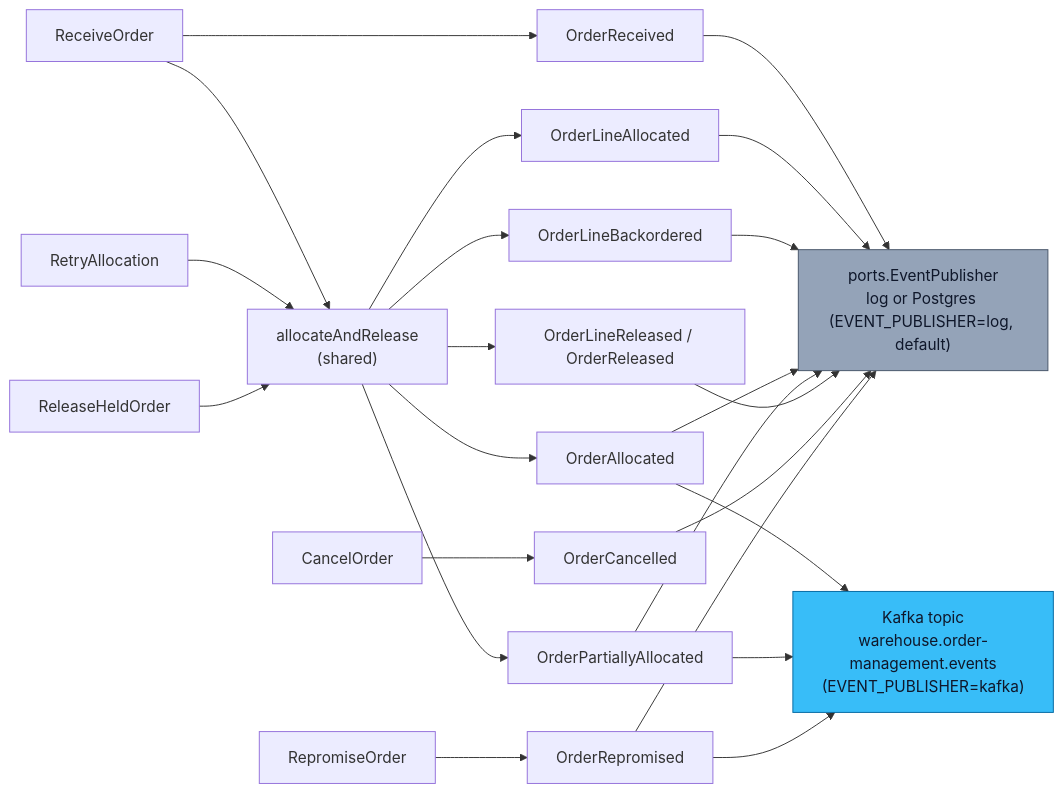
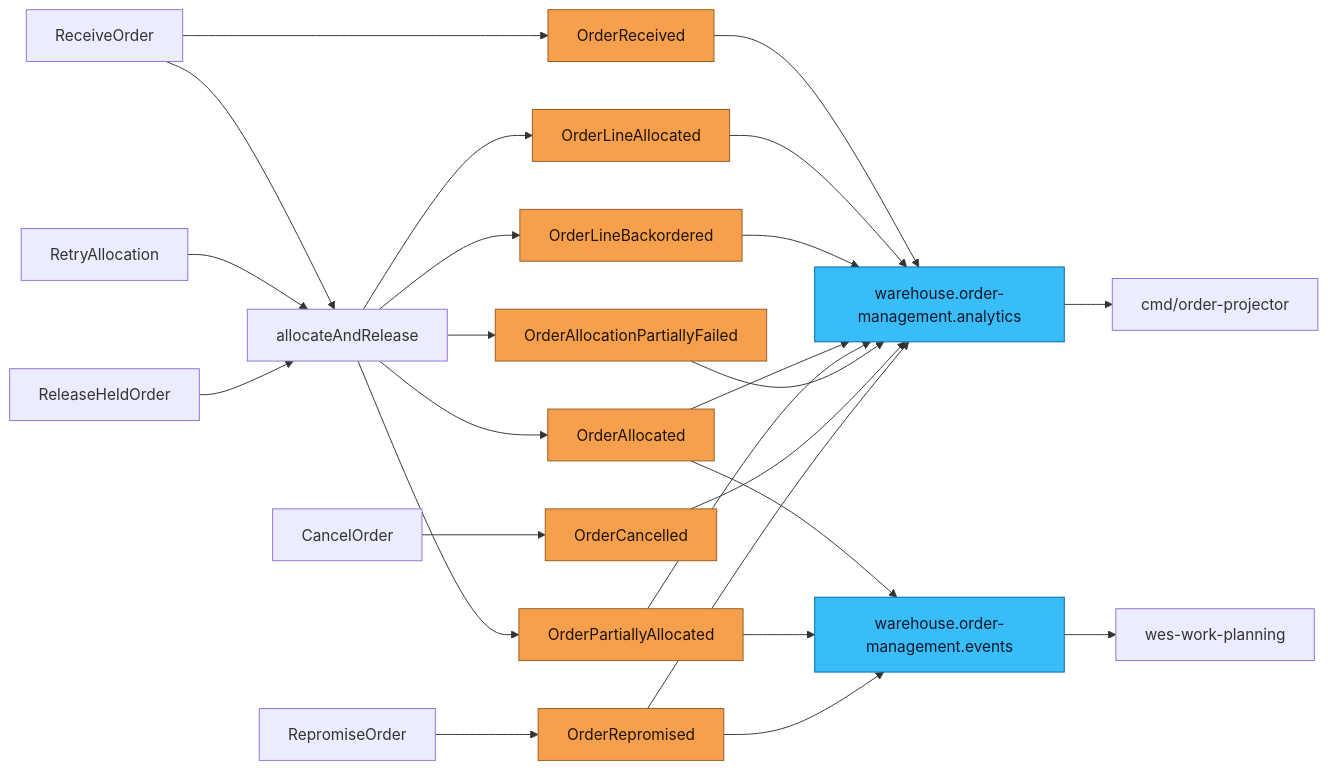
One commit to IQVO/warehouse-docs changed the diagram in docs/contexts/order-management/domain-events.md. Above: the diagram before and after it, drawn with Mermaid. The commit also changed other lines of this file and 717 other files, not shown here.

````diff
--- a/docs/contexts/order-management/domain-events.md
+++ b/docs/contexts/order-management/domain-events.md
@@ -141,22 +179,24 @@
 ```mermaid
 flowchart LR
   RO["ReceiveOrder"] --> E1["OrderReceived"]
-  RO --> AR["allocateAndRelease<br/>(shared)"]
+  RO --> AR["allocateAndRelease"]
   RA["RetryAllocation"] --> AR
+  RH["ReleaseHeldOrder"] --> AR
   AR --> E2["OrderLineAllocated"]
   AR --> E3["OrderLineBackordered"]
   AR --> E4["OrderAllocated"]
   AR --> E5["OrderPartiallyAllocated"]
-  RH["ReleaseHeldOrder"] --> AR
-  AR --> E6["OrderLineReleased / OrderReleased"]
+  AR --> E6["OrderAllocationPartiallyFailed"]
   CO["CancelOrder"] --> E8["OrderCancelled"]
   RP["RepromiseOrder"] --> E9["OrderRepromised"]
 
-  E1 & E2 & E3 & E4 & E5 & E6 & E8 & E9 --> LOG["ports.EventPublisher<br/>log or Postgres (EVENT_PUBLISHER=log, default)"]
-  E4 & E5 & E9 --> KAFKA["Kafka topic<br/>warehouse.order-management.events<br/>(EVENT_PUBLISHER=kafka)"]
+  E1 & E2 & E3 & E4 & E5 & E6 & E8 & E9 --> AN["warehouse.order-management.analytics"]
+  E4 & E5 & E9 --> INT["warehouse.order-management.events"]
+  INT --> WP["wes-work-planning"]
+  AN --> PJ["cmd/order-projector"]
 
-  classDef local fill:#94a3b8,stroke:#475569,color:#0f172a;
-  classDef kafka fill:#38bdf8,stroke:#0369a1,color:#0f172a;
-  class LOG local;
-  class KAFKA kafka;
+  classDef ev fill:#f6a04d,stroke:#9a5b1c,color:#1f1300;
+  classDef topic fill:#38bdf8,stroke:#0369a1,color:#0f172a;
+  class E1,E2,E3,E4,E5,E6,E8,E9 ev;
+  class AN,INT topic;
 ```
````
